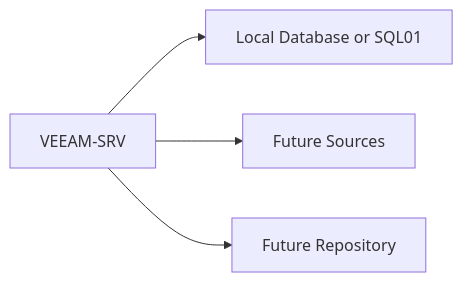
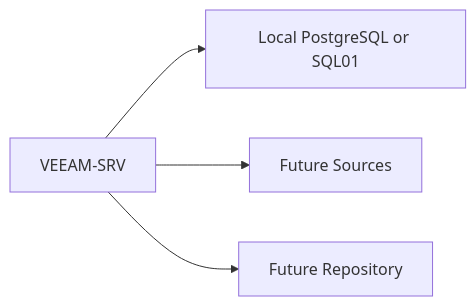
Before and after one commit to UncleJS/course_veem: the diagram in lessons/05-lab-install-vbr.md, drawn with Mermaid. The commit also changed other lines of this file and 24 other files, not shown here.

````diff
--- a/lessons/05-lab-install-vbr.md
+++ b/lessons/05-lab-install-vbr.md
@@ -47,6 +47,6 @@
 ```mermaid
 flowchart LR
-    A[VEEAM-SRV] --> B[Local Database or SQL01]
+    A[VEEAM-SRV] --> B[Local PostgreSQL or SQL01]
     A --> C[Future Sources]
     A --> D[Future Repository]
 ```
````
